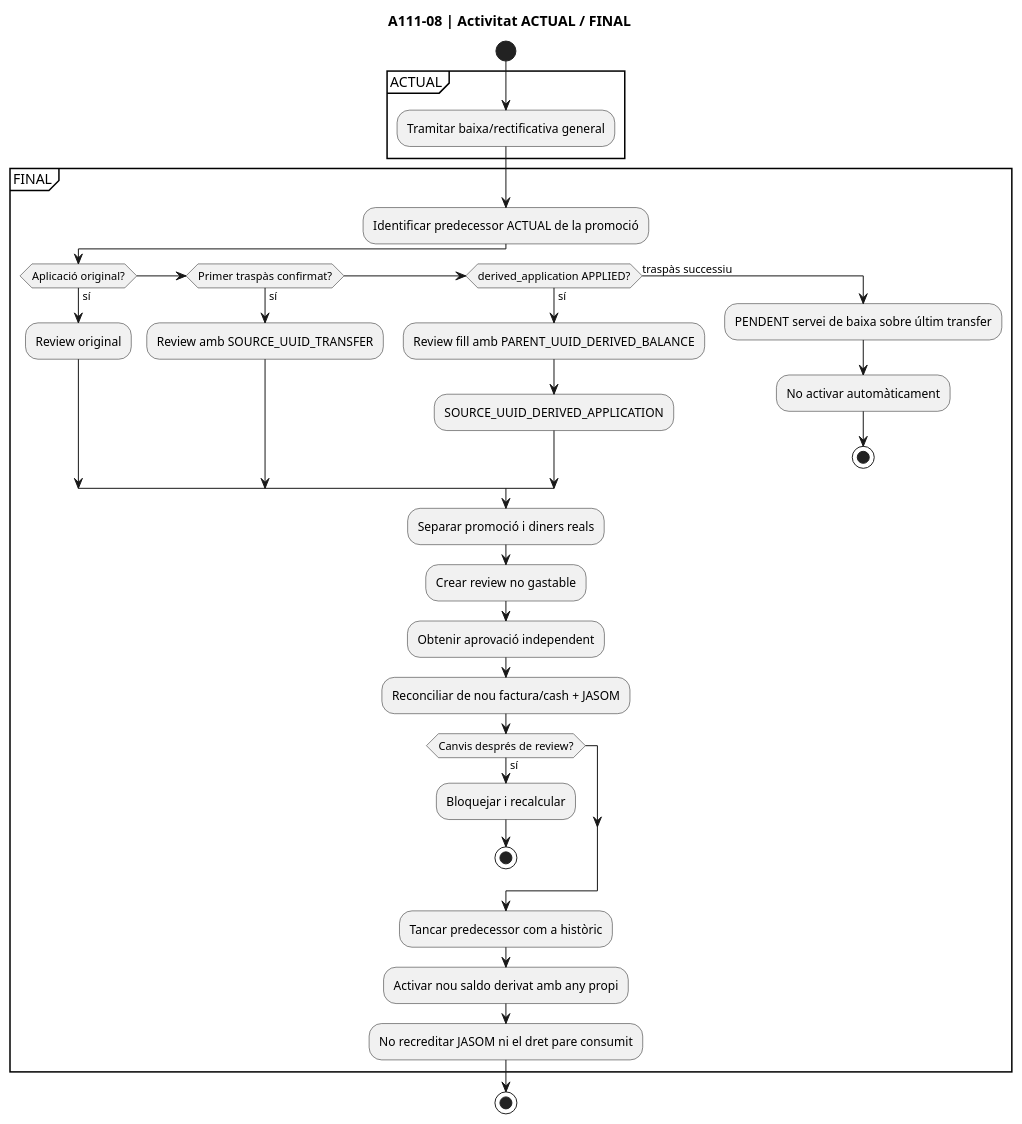
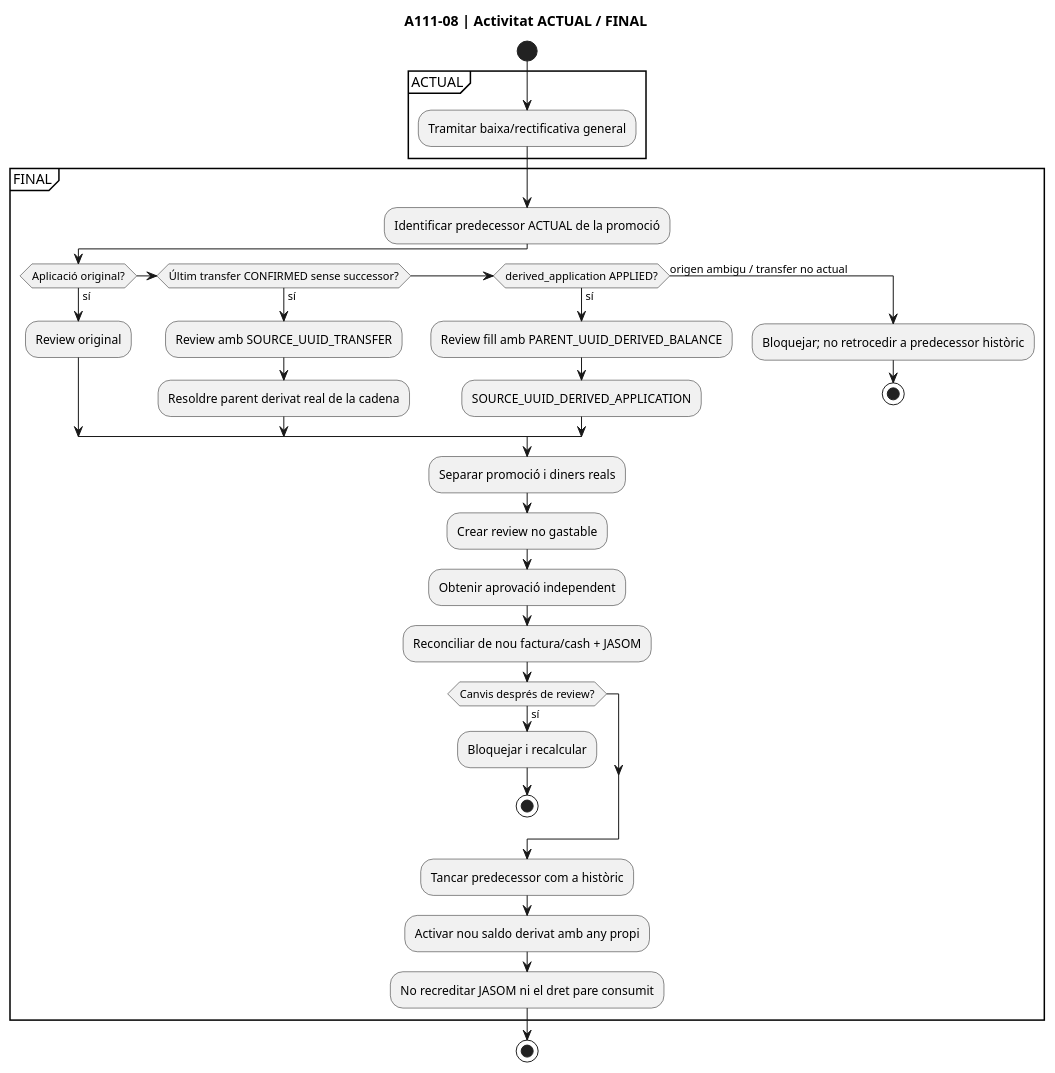
Diagram 32 of 48 in documentacio/07-uml-integrat/uc-111-diagrames-per-accio.md (orgmeriemprismacat-del/verifactu), drawn with PlantUML before and after one commit. The commit also changed other lines of this file, not shown here.

Commit message:
docs UML A111-08: support cancellation of latest confirmed transfer across successive chains

````diff
--- a/documentacio/07-uml-integrat/uc-111-diagrames-per-accio.md
+++ b/documentacio/07-uml-integrat/uc-111-diagrames-per-accio.md
@@ -716,36 +716,36 @@
 ```plantuml
 @startuml
 title A111-08 | Activitat ACTUAL / FINAL
 start
 partition ACTUAL {
 :Tramitar baixa/rectificativa general;
 }
 partition FINAL {
 :Identificar predecessor ACTUAL de la promoció;
 if (Aplicació original?) then (sí)
   :Review original;
-elseif (Primer traspàs confirmat?) then (sí)
+elseif (Últim transfer CONFIRMED sense successor?) then (sí)
   :Review amb SOURCE_UUID_TRANSFER;
+  :Resoldre parent derivat real de la cadena;
 elseif (derived_application APPLIED?) then (sí)
   :Review fill amb PARENT_UUID_DERIVED_BALANCE;
   :SOURCE_UUID_DERIVED_APPLICATION;
-else (traspàs successiu)
-  :PENDENT servei de baixa sobre últim transfer;
-  :No activar automàticament;
+else (origen ambigu / transfer no actual)
+  :Bloquejar; no retrocedir a predecessor històric;
   stop
 endif
 :Separar promoció i diners reals;
 :Crear review no gastable;
 :Obtenir aprovació independent;
 :Reconciliar de nou factura/cash + JASOM;
 if (Canvis després de review?) then (sí)
   :Bloquejar i recalcular;
   stop
 endif
 :Tancar predecessor com a històric;
 :Activar nou saldo derivat amb any propi;
 :No recreditar JASOM ni el dret pare consumit;
 }
 stop
 @enduml
 ```
````
